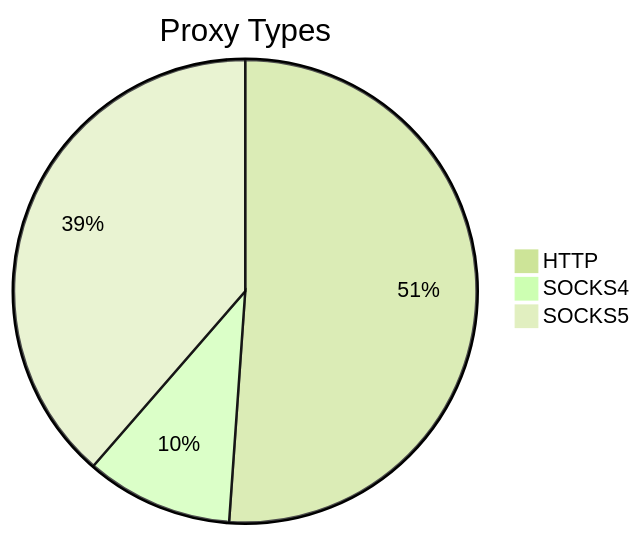
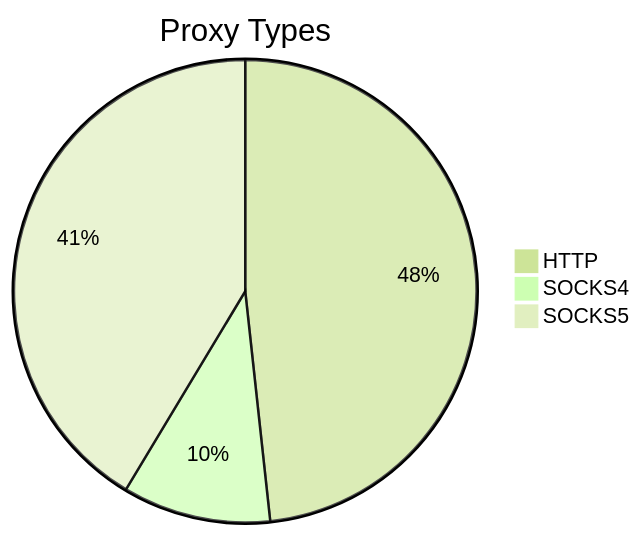
One commit to stormsia/proxy-list changed the first of 2 diagrams in README.md. Above: the diagram before and after it, drawn with Mermaid (forest theme). The commit also changed other lines of this file, not shown here.

````diff
--- a/README.md
+++ b/README.md
@@ -21,6 +21,6 @@
 ```mermaid
 pie title Proxy Types
-    "HTTP" : 184
-    "SOCKS4" : 37
-    "SOCKS5" : 139
+    "HTTP" : 98
+    "SOCKS4" : 21
+    "SOCKS5" : 84
 ```
````
